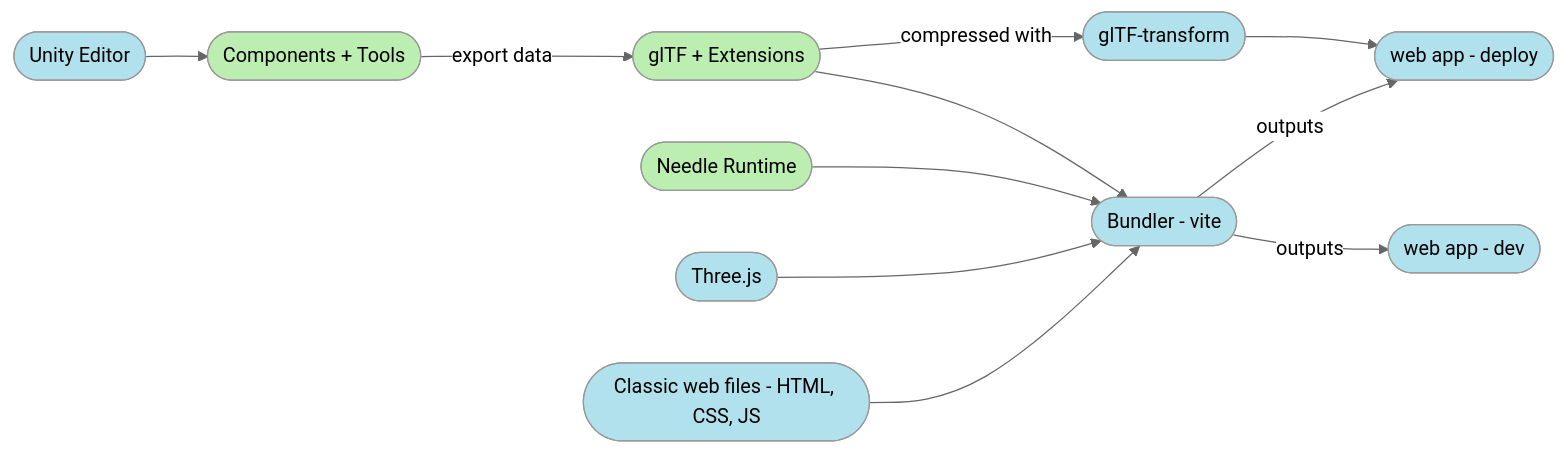
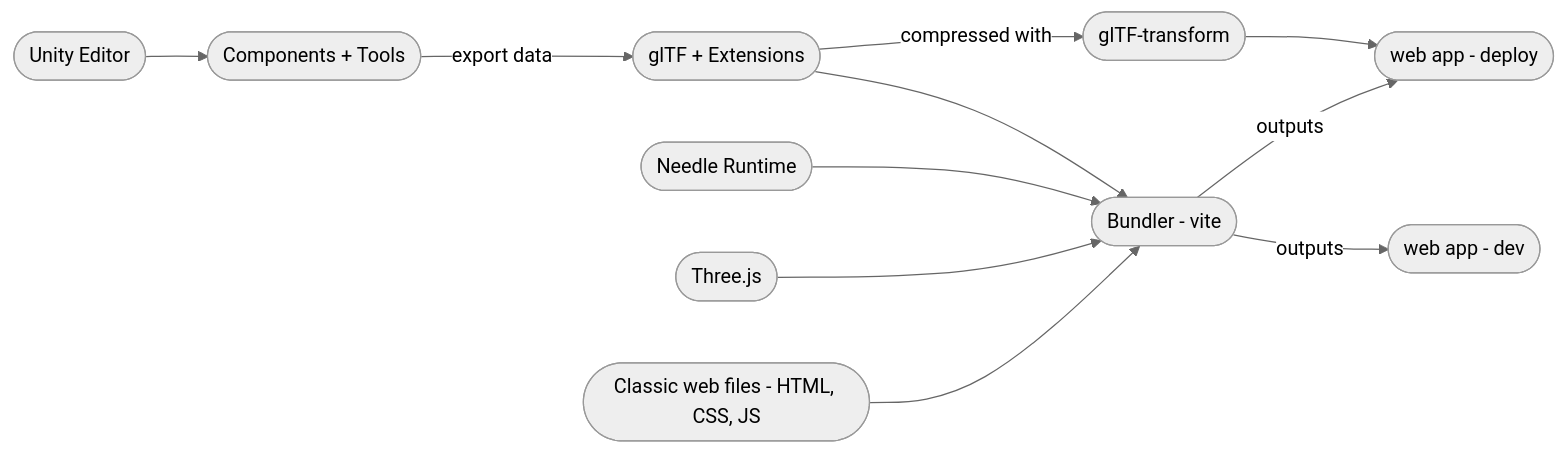
The diagram in documentation/technical-overview.md (needle-tools/needle-engine-support), drawn with Mermaid (neutral theme) before and after one commit.

````diff
--- a/documentation/technical-overview.md
+++ b/documentation/technical-overview.md
@@ -17,16 +17,14 @@
 ```mermaid
 flowchart LR
-    classDef ndl fill:#BCEDB1;
-    classDef ext fill:#B1E1ED;
     Editor([Unity Editor]) --> EditorExt([Components + Tools])
     EditorExt -- export data --> glTF([glTF + Extensions])
     glTF --> Bundler([Bundler - vite])
     Runtime([Needle Runtime]) --> Bundler
     Three([Three.js]) --> Bundler
     YourWebsite([Classic web files - HTML, CSS, JS]) --> Bundler
     Bundler -- outputs --> DevPage([web app - dev])
     Bundler -- outputs --> DeploymentPage([web app - deploy])
     glTF -- compressed with --> gltfTransform([glTF-transform]) --> DeploymentPage
     class EditorExt,glTF,Runtime ndl;
     class Editor,Three,Bundler,Page,gltfTransform,DeploymentPage,DevPage,YourWebsite ext;
 ```
````
